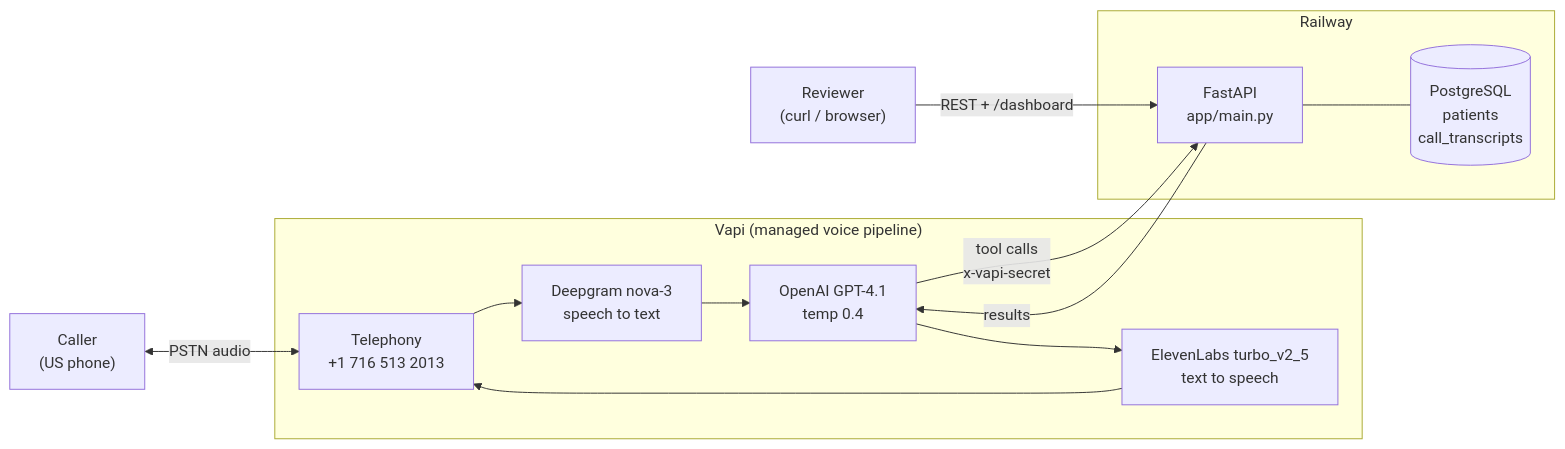
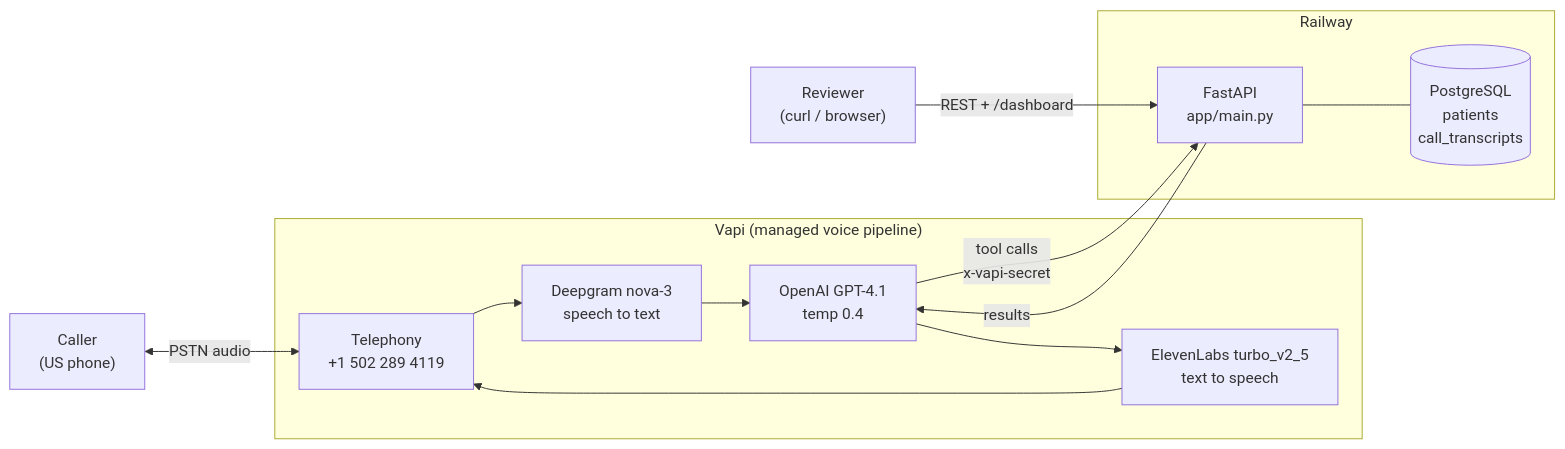
The first of 11 diagrams in docs/ARCHITECTURE.md (JansherMughal/voice-ai-patient-registration), drawn with Mermaid before and after one commit. The commit also changed 5 other files, not shown here.

````diff
--- a/docs/ARCHITECTURE.md
+++ b/docs/ARCHITECTURE.md
@@ -13,25 +13,25 @@
 ```mermaid
 graph LR
     caller["Caller<br/>(US phone)"]
 
     subgraph vapi["Vapi (managed voice pipeline)"]
-        pstn["Telephony<br/>+1 716 513 2013"]
+        pstn["Telephony<br/>+1 502 289 4119"]
         stt["Deepgram nova-3<br/>speech to text"]
         llm["OpenAI GPT-4.1<br/>temp 0.4"]
         tts["ElevenLabs turbo_v2_5<br/>text to speech"]
     end
 
     subgraph railway["Railway"]
         api["FastAPI<br/>app/main.py"]
         db[("PostgreSQL<br/>patients<br/>call_transcripts")]
     end
 
     reviewer["Reviewer<br/>(curl / browser)"]
 
     caller <-->|"PSTN audio"| pstn
     pstn --> stt --> llm --> tts --> pstn
     llm -->|"tool calls<br/>x-vapi-secret"| api
     api -->|"results"| llm
     api --- db
     reviewer -->|"REST + /dashboard"| api
 ```
````
